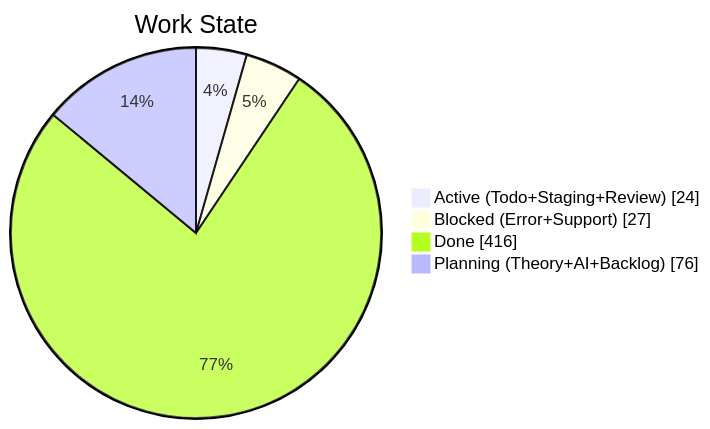
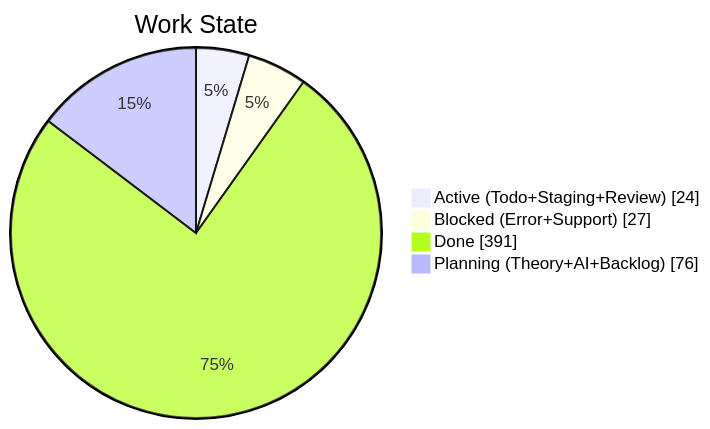
One commit to KBVE/kbve changed the second of 4 diagrams in apps/kbve/astro-kbve/src/content/docs/dashboard/kanban-data.mdx. Above: the diagram before and after it, drawn with Mermaid. The commit also changed other lines of this file and 8 other files, not shown here.

````diff
--- a/apps/kbve/astro-kbve/src/content/docs/dashboard/kanban-data.mdx
+++ b/apps/kbve/astro-kbve/src/content/docs/dashboard/kanban-data.mdx
@@ -68,8 +68,8 @@
 ```mermaid
 pie showData
     title Work State
     "Active (Todo+Staging+Review)" : 24
     "Blocked (Error+Support)" : 27
-    "Done" : 416
+    "Done" : 391
     "Planning (Theory+AI+Backlog)" : 76
 ```
````
